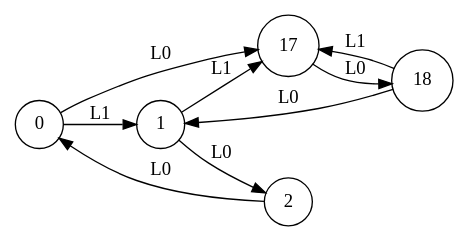
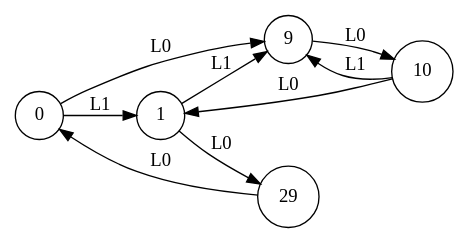
Before and after one commit to k85-ai/KB1: the diagram in learning_E0/learnt-automaton_5_2_2_5~7.dot, drawn with Graphviz. The commit also changed 808 other files, not shown here.

```diff
--- a/learning_E0/learnt-automaton_5_2_2_5~7.dot
+++ b/learning_E0/learnt-automaton_5_2_2_5~7.dot
@@ -1,16 +1,16 @@
 digraph learntMachine {
   rankdir=LR;
   0 [shape=circle, label="0"];
   1 [shape=circle, label="1"];
-  2 [shape=circle, label="2"];
-  17 [shape=circle, label="17"];
-  18 [shape=circle, label="18"];
+  9 [shape=circle, label="9"];
+  10 [shape=circle, label="10"];
+  29 [shape=circle, label="29"];
   0 -> 1 [label="L1"];
-  1 -> 2 [label="L0"];
-  2 -> 0 [label="L0"];
-  0 -> 17 [label="L0"];
-  17 -> 18 [label="L0"];
-  18 -> 17 [label="L1"];
-  18 -> 1 [label="L0"];
-  1 -> 17 [label="L1"];
+  1 -> 9 [label="L1"];
+  0 -> 9 [label="L0"];
+  9 -> 10 [label="L0"];
+  10 -> 9 [label="L1"];
+  10 -> 1 [label="L0"];
+  1 -> 29 [label="L0"];
+  29 -> 0 [label="L0"];
 }
```
